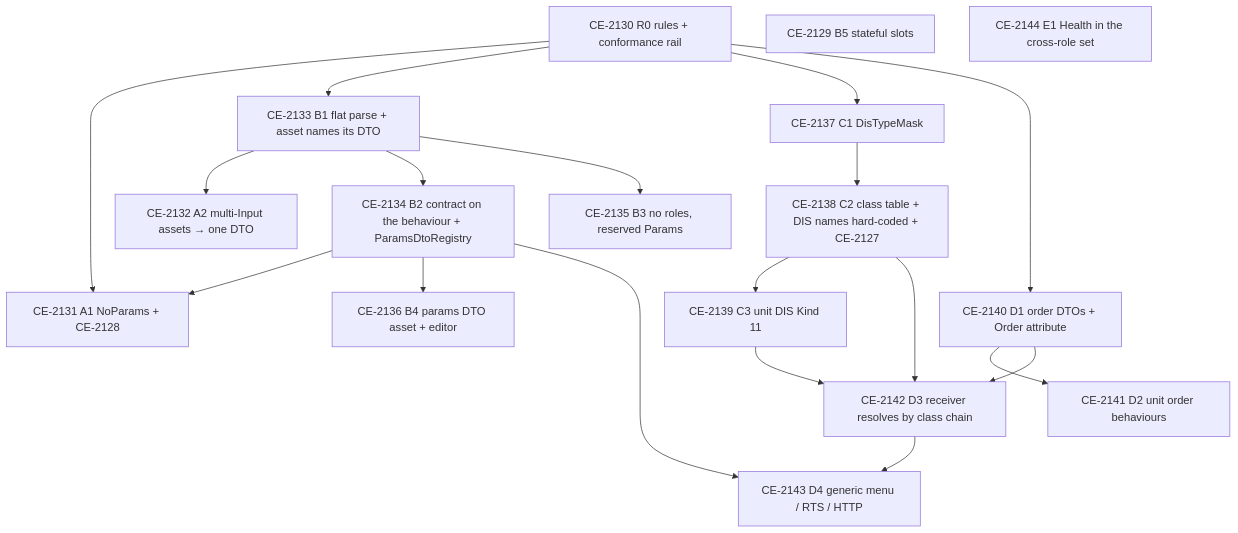
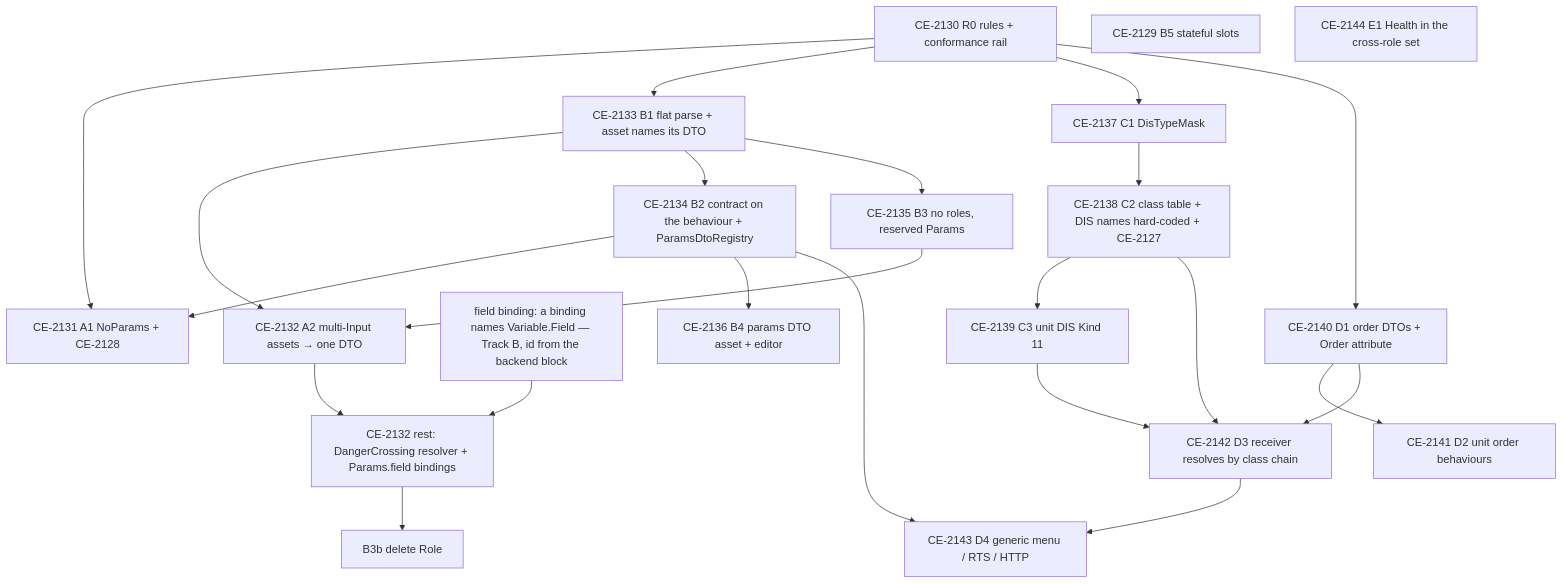
Before and after one commit to pjanec/HROT: the tenth of 16 diagrams in docs/DESIGN_Orders_Params_Entity_Classes.md, drawn with Mermaid. The commit also changed other lines of this file and 1 other file, not shown here.

Commit message:
CE-2132 (A2) design: four assets go NoParams; DangerCrossing waits for field binding (Track B)
Measured after B3a (docs/DESIGN_Orders_Params_Entity_Classes.md §5a CE-2132 row, §6 graph + row):
- no scenario, test, asset or C# caller sends BasicInfantrySop, BasicSquadSop, FiringPosition or
  Flank any JSON ⇒ NoParams, variables stay baked tuning (B3a's T31–T34 precedent) — deviation from
  AQ90 §2.3h's "FlankParams { tactics; engage }", argued in §5a;
- DangerCrossing's callers send the destination twice ({"sensor":{RouteTo},"walk":{X,Y}}); its flat
  contract {Objective, WalkSpeed, RushSpeed, CrossWithin} (its blueprint twin's) needs a resolver
  filling Params plus nodes binding a FIELD of Params — not built (exact-name binding, ~10 offsetMap
  copies in the emitters), ruled by AQ90 §2.3j ⇒ a Track B item before DangerCrossing and before B3b.
Tracker CE-2132 → PARTLY BUILT. The asset/rail/golden commit follows once its gate is green.

Claude-Session: https://claude.ai/code/session_01FBKXF7zv53SXS7EwRBtk7D

````diff
--- a/docs/DESIGN_Orders_Params_Entity_Classes.md
+++ b/docs/DESIGN_Orders_Params_Entity_Classes.md
@@ -423,36 +424,42 @@
 ```mermaid
 graph TD
   R0[CE-2130 R0 rules + conformance rail]
   A1[CE-2131 A1 NoParams + CE-2128]
   A2[CE-2132 A2 multi-Input assets → one DTO]
+  FB[field binding: a binding names Variable.Field — Track B, id from the backend block]
+  A2b[CE-2132 rest: DangerCrossing resolver + Params.field bindings]
   B1[CE-2133 B1 flat parse + asset names its DTO]
   B2[CE-2134 B2 contract on the behaviour + ParamsDtoRegistry]
   B3[CE-2135 B3 no roles, reserved Params]
   B4[CE-2136 B4 params DTO asset + editor]
   B5[CE-2129 B5 stateful slots]
   C1[CE-2137 C1 DisTypeMask]
   C2[CE-2138 C2 class table + DIS names hard-coded + CE-2127]
   C3[CE-2139 C3 unit DIS Kind 11]
   D1[CE-2140 D1 order DTOs + Order attribute]
   D2[CE-2141 D2 unit order behaviours]
   D3[CE-2142 D3 receiver resolves by class chain]
   D4[CE-2143 D4 generic menu / RTS / HTTP]
   E1[CE-2144 E1 Health in the cross-role set]
   R0 --> A1
   B2 --> A1
   R0 --> B1
   R0 --> C1
   R0 --> D1
   B1 --> A2
+  B3 --> A2
+  A2 --> A2b
+  FB --> A2b
+  A2b --> B3b[B3b delete Role]
   B1 --> B2
   B1 --> B3
   B2 --> B4
   B2 --> D4
   C1 --> C2
   C2 --> C3
   C2 --> D3
   C3 --> D3
   D1 --> D2
   D1 --> D3
   D3 --> D4
 ```
````
